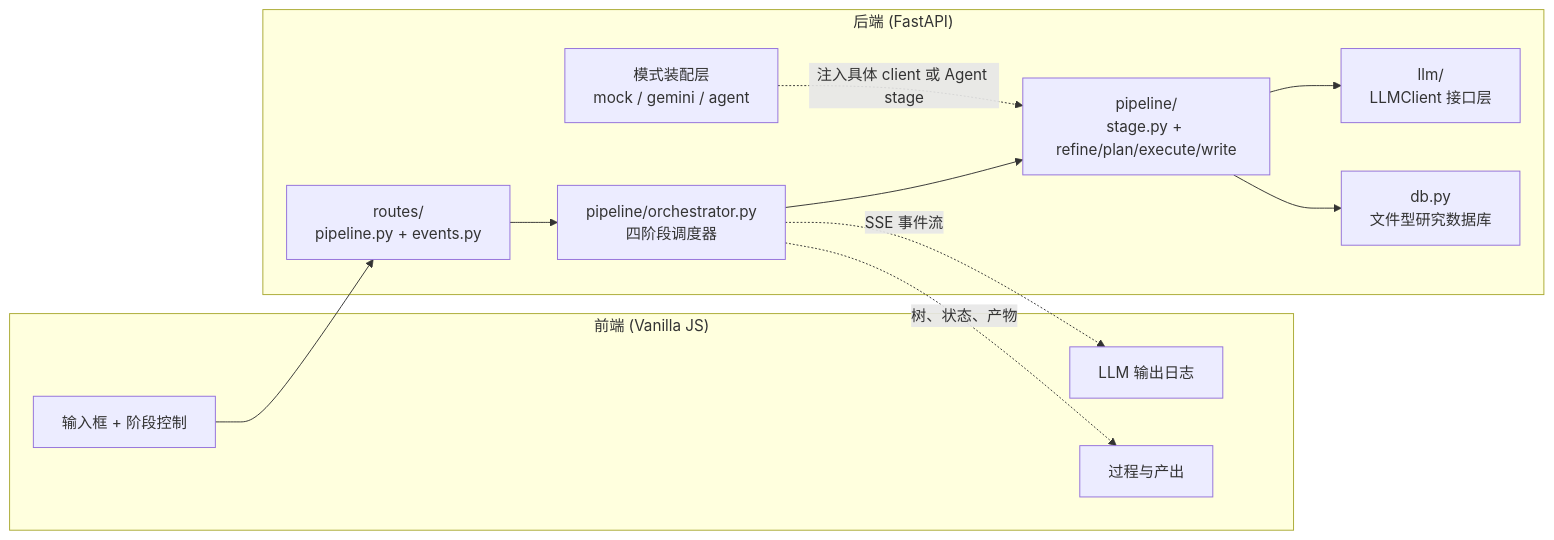
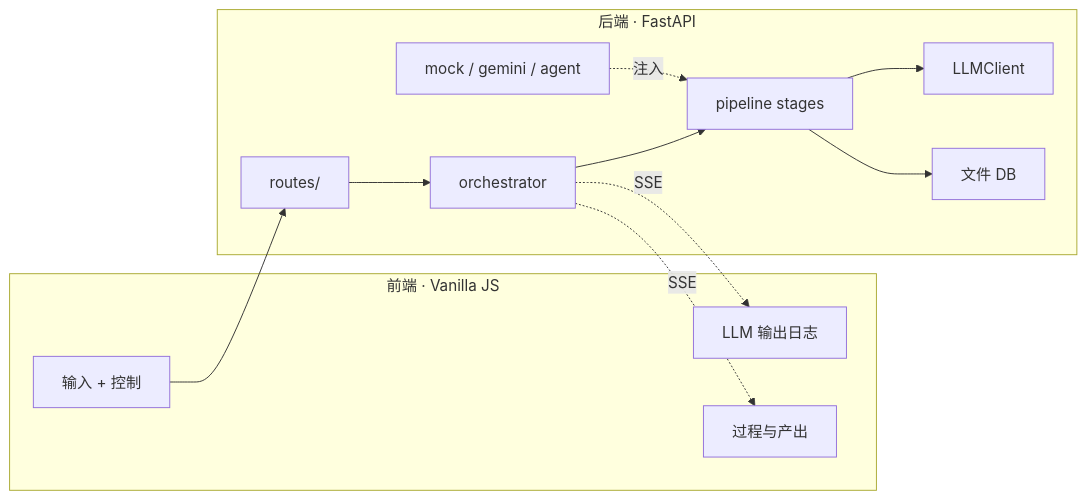
Before and after one commit to dozybot001/maars: the second of 2 diagrams in README_CN.md, drawn with Mermaid. The commit also changed other lines of this file and 6 other files, not shown here.

First line of the commit message:
feat(agent): add Google Search, verify+retry, recursive plan

````diff
--- a/README_CN.md
+++ b/README_CN.md
@@ -34,26 +34,24 @@
 ```mermaid
 flowchart LR
-    subgraph FE["前端 (Vanilla JS)"]
-        UI["输入框 + 阶段控制"]
+    subgraph FE["前端 · Vanilla JS"]
+        UI["输入 + 控制"]
         LOG["LLM 输出日志"]
         PROC["过程与产出"]
     end
 
-    subgraph BE["后端 (FastAPI)"]
-        ROUTES["routes/<br/>pipeline.py + events.py"]
-        ORCH["pipeline/orchestrator.py<br/>四阶段调度器"]
-        STAGES["pipeline/<br/>stage.py + refine/plan/execute/write"]
-        LLM["llm/<br/>LLMClient 接口层"]
-        MODES["模式装配层<br/>mock / gemini / agent"]
-        DB["db.py<br/>文件型研究数据库"]
+    subgraph BE["后端 · FastAPI"]
+        ROUTES["routes/"]
+        ORCH["orchestrator"]
+        STAGES["pipeline stages"]
+        LLM["LLMClient"]
+        MODES["mock / gemini / agent"]
+        DB["文件 DB"]
     end
 
-    UI --> ROUTES
-    ROUTES --> ORCH
-    ORCH --> STAGES
+    UI --> ROUTES --> ORCH --> STAGES
     STAGES --> LLM
-    MODES -. 注入具体 client 或 Agent stage .-> STAGES
+    MODES -."注入".-> STAGES
     STAGES --> DB
-    ORCH -. SSE 事件流 .-> LOG
-    ORCH -. 树、状态、产物 .-> PROC
+    ORCH -."SSE".-> LOG
+    ORCH -."SSE".-> PROC
 ```
````
